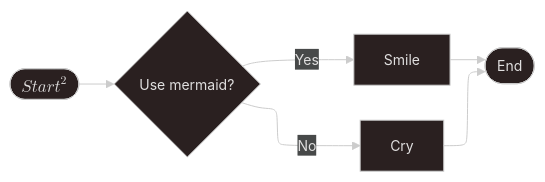
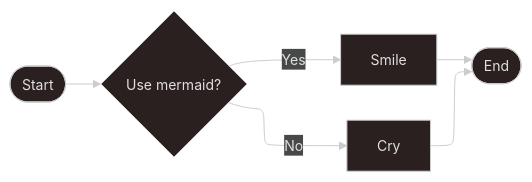
Before and after one commit to kf-martins-uel/algoritmos-atividade1: the diagram in README.md, drawn with Mermaid.

Commit message:
Parte 2 - Finzaliado (falta os codigos)

````diff
--- a/README.md
+++ b/README.md
@@ -10,14 +10,14 @@
 ```mermaid
 ---
 config:
   theme: neo-dark
   layout: elk  
 ---
 flowchart LR
 
-  A(["$$Start^2$$"]) --> B{Use mermaid?}
+  A([Start]) --> B{Use mermaid?}
   B -->|Yes| C[Smile]
   B -->|No| D[Cry]
   C --> E([End])
   D --> E
 ```    
````
